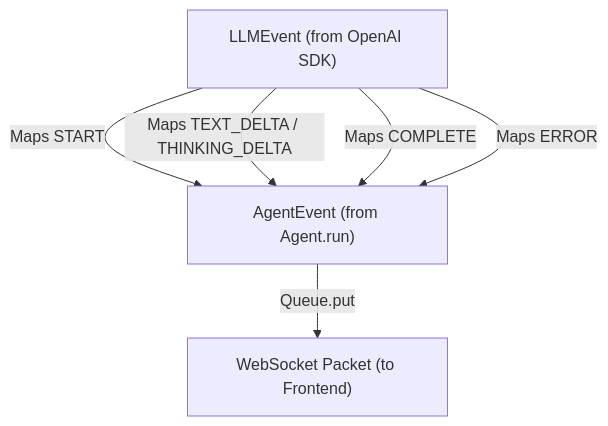
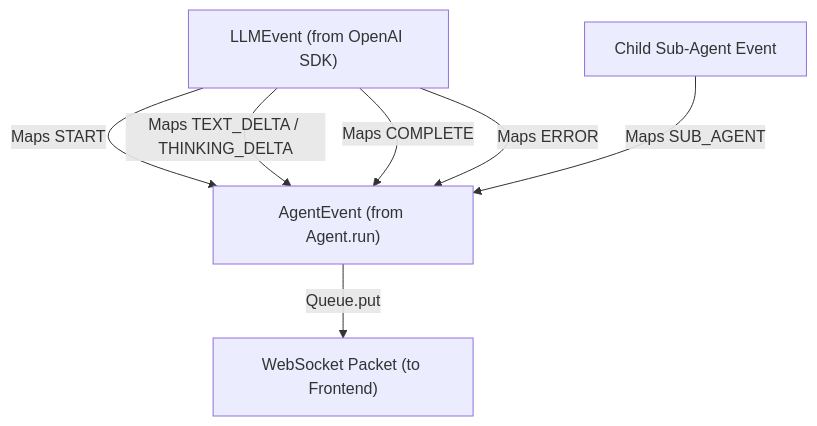
The second of 2 diagrams in architecture/agent-runtime.md (dbracewell/Asterism), drawn with Mermaid before and after one commit. The commit also changed other lines of this file and 10 other files, not shown here.

Commit message:
feat(agent): implement US-10.4 stream sub-agent events to parent context and docs

````diff
--- a/architecture/agent-runtime.md
+++ b/architecture/agent-runtime.md
@@ -94,13 +95,14 @@
 ```mermaid
 flowchart TD
     LLMEvent["LLMEvent (from OpenAI SDK)"]
     AgentEvent["AgentEvent (from Agent.run)"]
     WSPacket["WebSocket Packet (to Frontend)"]
 
     LLMEvent -->|Maps START| AgentEvent
     LLMEvent -->|Maps TEXT_DELTA / THINKING_DELTA| AgentEvent
     LLMEvent -->|Maps COMPLETE| AgentEvent
     LLMEvent -->|Maps ERROR| AgentEvent
+    SubAgentEvent["Child Sub-Agent Event"] -->|Maps SUB_AGENT| AgentEvent
 
     AgentEvent -->|Queue.put| WSPacket
 ```
````
